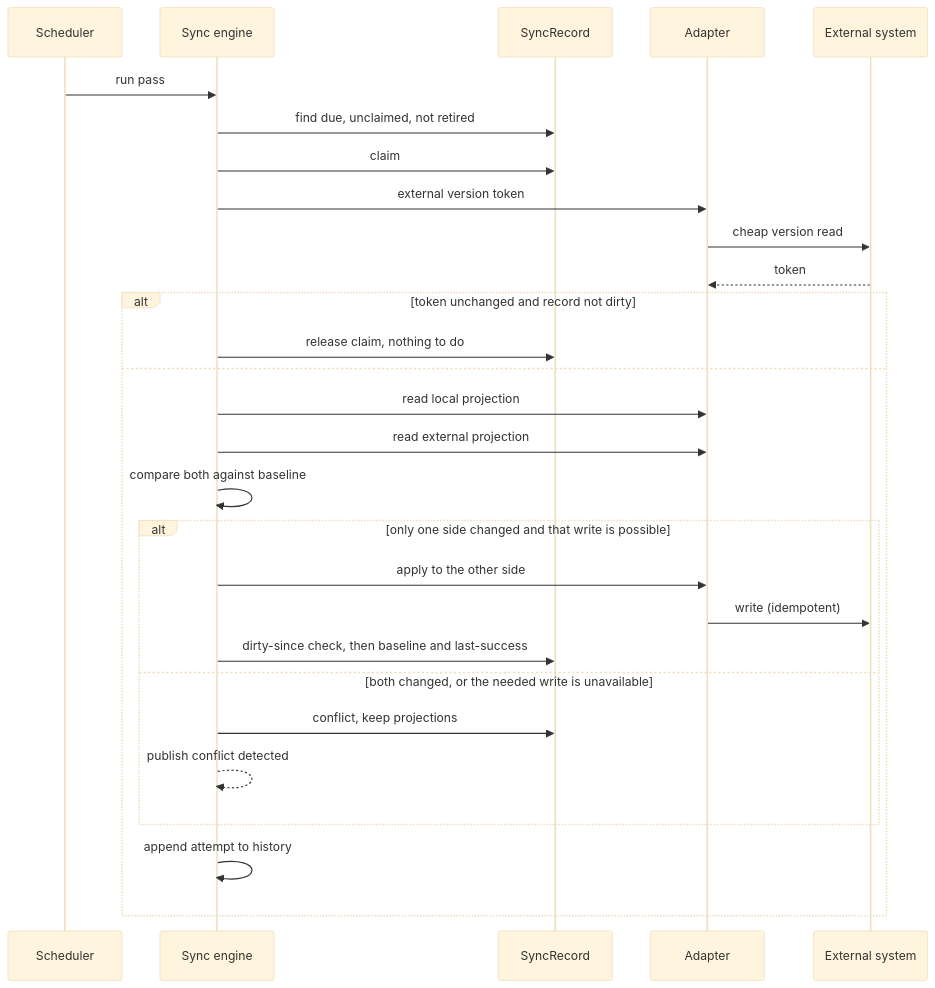
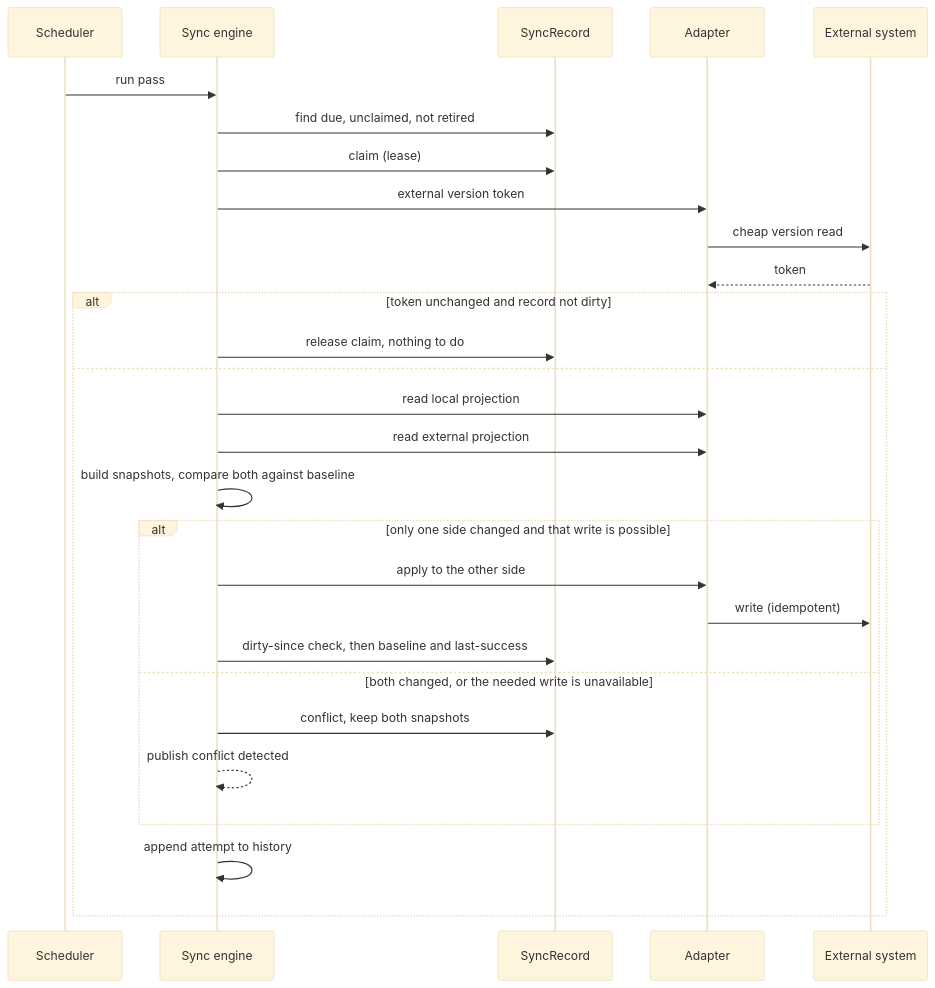
The second of 2 diagrams in openspec/changes/add-bidirectional-sync-engine/design.md (zabiny/klabis), drawn with Mermaid (base theme) before and after one commit. The commit also changed other lines of this file and 1 other file, not shown here.

````diff
--- a/openspec/changes/add-bidirectional-sync-engine/design.md
+++ b/openspec/changes/add-bidirectional-sync-engine/design.md
@@ -328,31 +404,31 @@
 ```mermaid
 sequenceDiagram
     participant S as Scheduler
     participant E as Sync engine
     participant R as SyncRecord
     participant A as Adapter
     participant X as External system
 
     S->>E: run pass
     E->>R: find due, unclaimed, not retired
-    E->>R: claim
+    E->>R: claim (lease)
     E->>A: external version token
     A->>X: cheap version read
     X-->>A: token
     alt token unchanged and record not dirty
         E->>R: release claim, nothing to do
     else
         E->>A: read local projection
         E->>A: read external projection
-        E->>E: compare both against baseline
+        E->>E: build snapshots, compare both against baseline
         alt only one side changed and that write is possible
             E->>A: apply to the other side
             A->>X: write (idempotent)
             E->>R: dirty-since check, then baseline and last-success
         else both changed, or the needed write is unavailable
-            E->>R: conflict, keep projections
+            E->>R: conflict, keep both snapshots
             E-->>E: publish conflict detected
         end
         E->>E: append attempt to history
     end
 ```
````
